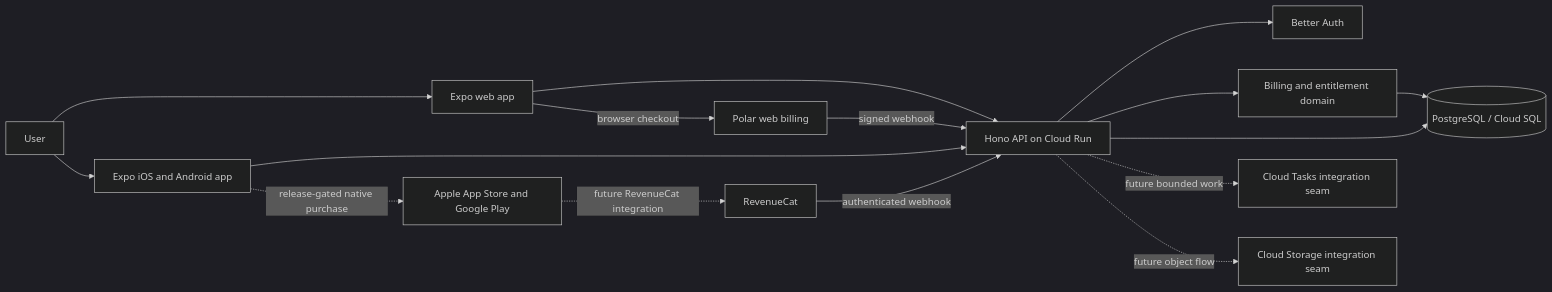
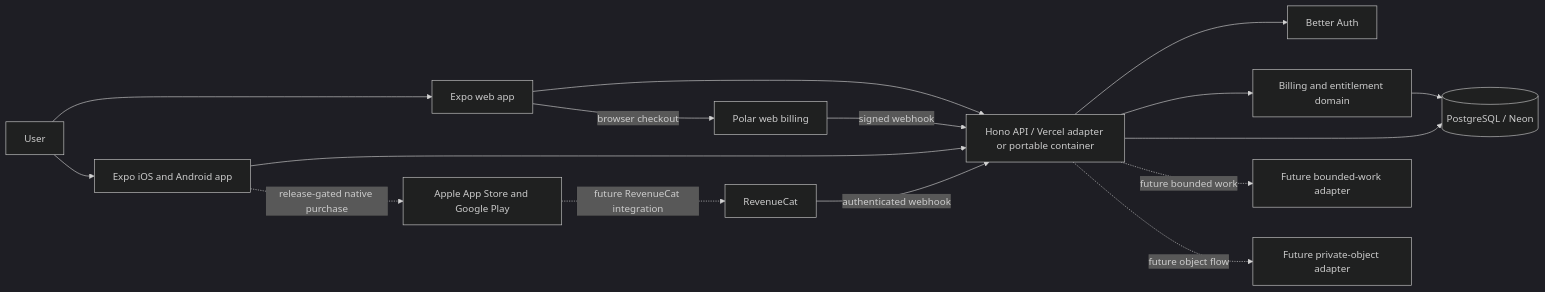
Before and after one commit to Eclalune-BTC/pisto-app: the diagram in docs/architecture.md, drawn with Mermaid (dark theme). The commit also changed other lines of this file and 8 other files, not shown here.

````diff
--- a/docs/architecture.md
+++ b/docs/architecture.md
@@ -12,31 +12,31 @@
 ```mermaid
 flowchart LR
   User[User]
   Web[Expo web app]
   Native[Expo iOS and Android app]
-  API[Hono API on Cloud Run]
+  API[Hono API / Vercel adapter or portable container]
   Auth[Better Auth]
   Billing[Billing and entitlement domain]
-  DB[(PostgreSQL / Cloud SQL)]
+  DB[(PostgreSQL / Neon)]
   Polar[Polar web billing]
   Stores[Apple App Store and Google Play]
   RC[RevenueCat]
-  Tasks[Cloud Tasks integration seam]
-  Storage[Cloud Storage integration seam]
+  Tasks[Future bounded-work adapter]
+  Storage[Future private-object adapter]
 
   User --> Web
   User --> Native
   Web --> API
   Native --> API
   API --> Auth
   API --> Billing
   API --> DB
   Billing --> DB
   Web -->|browser checkout| Polar
   Polar -->|signed webhook| API
   Native -. release-gated native purchase .-> Stores
   Stores -. future RevenueCat integration .-> RC
   RC -->|authenticated webhook| API
   API -. future bounded work .-> Tasks
   API -. future object flow .-> Storage
 ```
````
